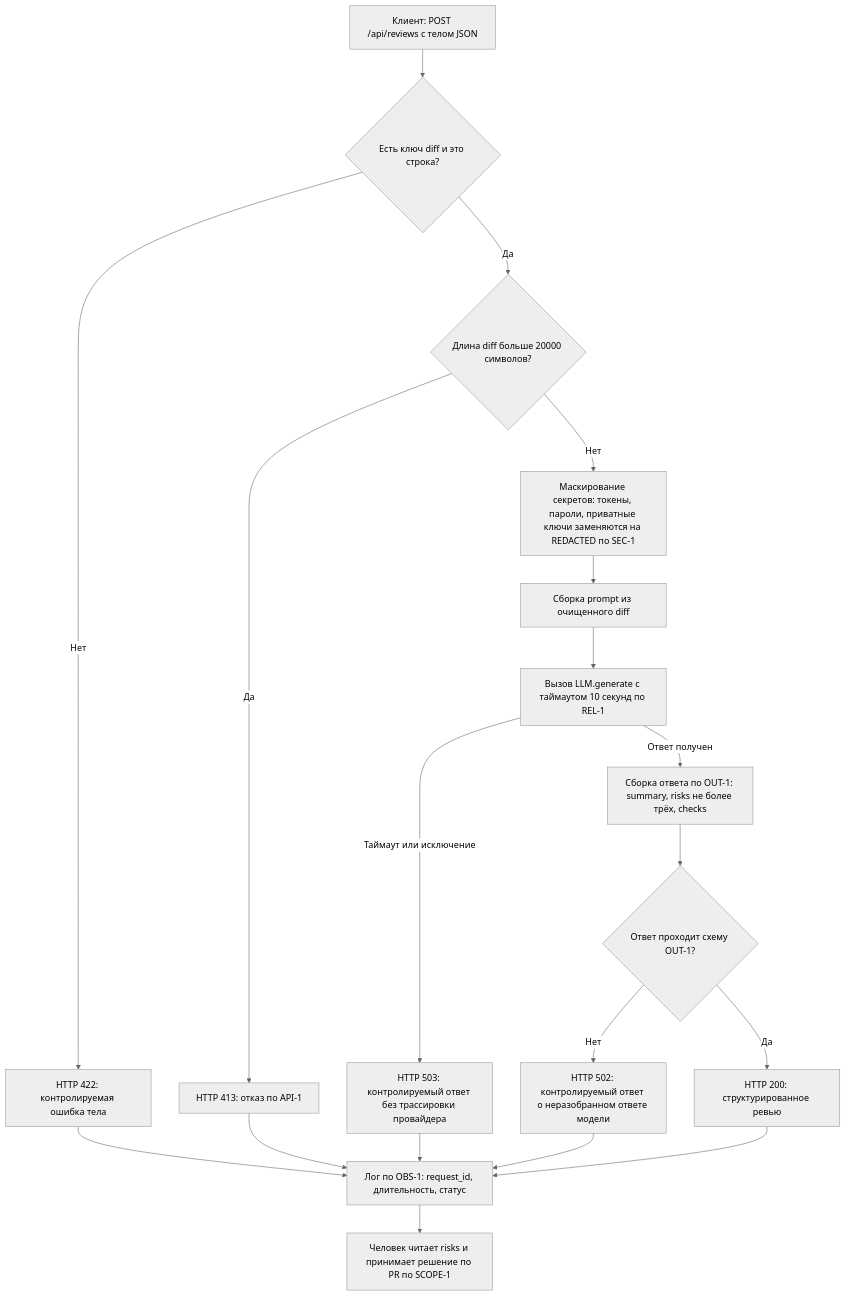
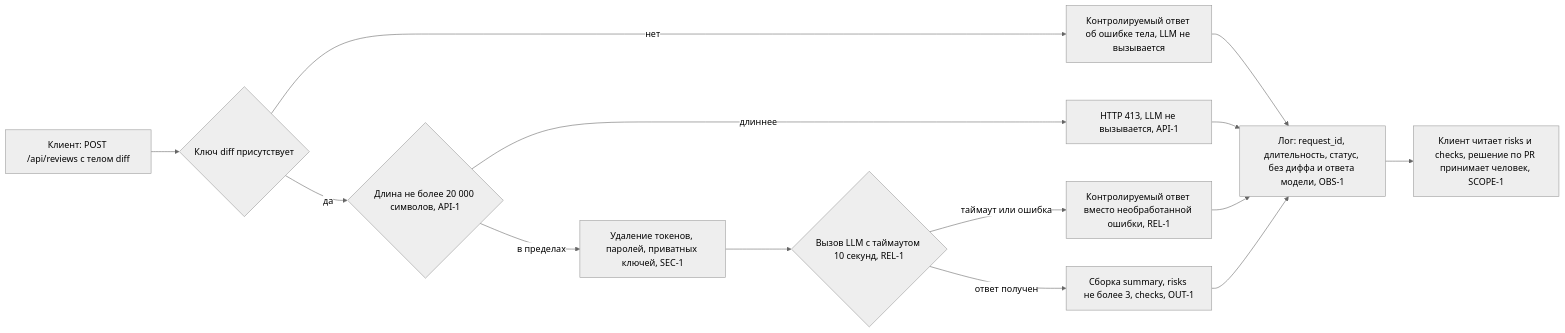
The diagram in practices/practice_01/analysis.md (kulakva20062/ITMOv2), drawn with Mermaid (neutral theme) before and after one commit. The commit also changed other lines of this file and 19 other files, not shown here.

````diff
--- a/practices/practice_01/analysis.md
+++ b/practices/practice_01/analysis.md
@@ -19,21 +36,16 @@
 ```mermaid
-flowchart TD
-    Start[Клиент: POST /api/reviews с телом JSON] --> HasDiff{Есть ключ diff и это строка?}
-    HasDiff -- Нет --> Err422[HTTP 422: контролируемая ошибка тела]
-    HasDiff -- Да --> Size{Длина diff больше 20000 символов?}
-    Size -- Да --> Err413[HTTP 413: отказ по API-1]
-    Size -- Нет --> Redact[Маскирование секретов: токены, пароли, приватные ключи заменяются на REDACTED по SEC-1]
-    Redact --> Prompt[Сборка prompt из очищенного diff]
-    Prompt --> Call[Вызов LLM.generate с таймаутом 10 секунд по REL-1]
-    Call -- Таймаут или исключение --> Err503[HTTP 503: контролируемый ответ без трассировки провайдера]
-    Call -- Ответ получен --> Shape[Сборка ответа по OUT-1: summary, risks не более трёх, checks]
-    Shape --> Valid{Ответ проходит схему OUT-1?}
-    Valid -- Нет --> Err502[HTTP 502: контролируемый ответ о неразобранном ответе модели]
-    Valid -- Да --> Ok200[HTTP 200: структурированное ревью]
-    Err422 --> Log[Лог по OBS-1: request_id, длительность, статус]
-    Err413 --> Log
-    Err503 --> Log
-    Err502 --> Log
-    Ok200 --> Log
-    Log --> Human[Человек читает risks и принимает решение по PR по SCOPE-1]
+flowchart LR
+    A[Клиент: POST /api/reviews с телом diff] --> B{Ключ diff присутствует}
+    B -- нет --> B1[Контролируемый ответ об ошибке тела, LLM не вызывается]
+    B -- да --> C{Длина не более 20 000 символов, API-1}
+    C -- длиннее --> C1[HTTP 413, LLM не вызывается, API-1]
+    C -- в пределах --> D[Удаление токенов, паролей, приватных ключей, SEC-1]
+    D --> E{Вызов LLM с таймаутом 10 секунд, REL-1}
+    E -- таймаут или ошибка --> E1[Контролируемый ответ вместо необработанной ошибки, REL-1]
+    E -- ответ получен --> F[Сборка summary, risks не более 3, checks, OUT-1]
+    F --> G[Лог: request_id, длительность, статус, без диффа и ответа модели, OBS-1]
+    B1 --> G
+    C1 --> G
+    E1 --> G
+    G --> H[Клиент читает risks и checks, решение по PR принимает человек, SCOPE-1]
 ```
````
